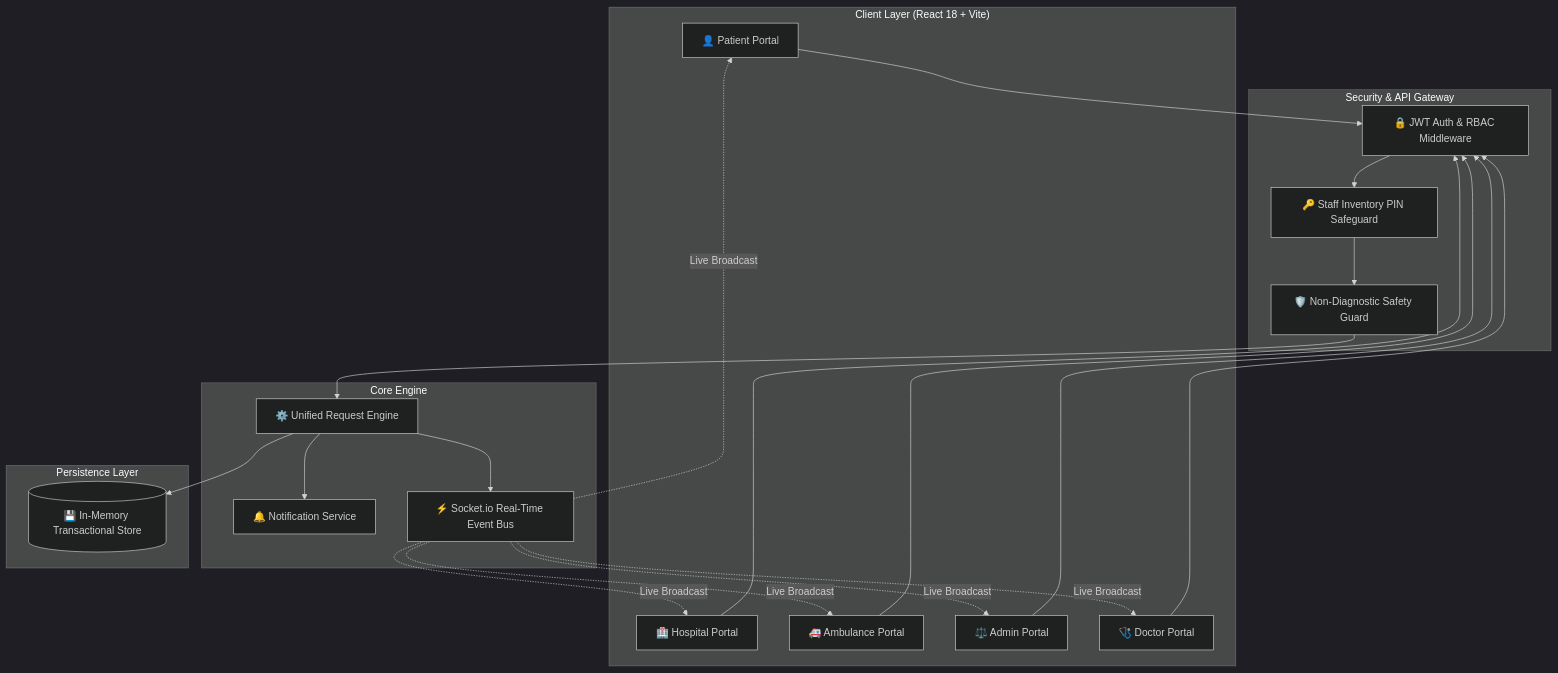
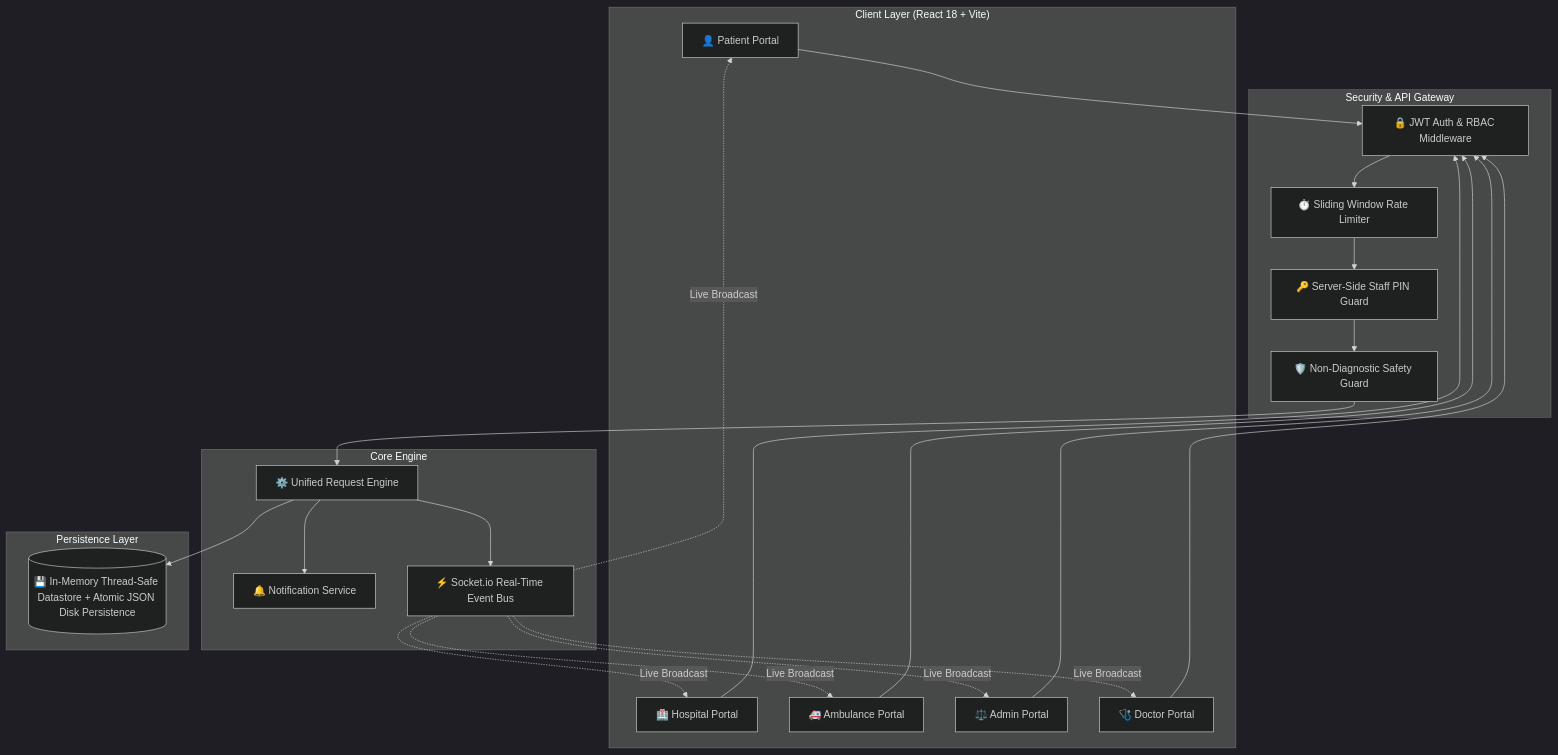
One commit to innocentgaming/FIT-FEST_2026_HACKATHON_medi changed the diagram in README.md. Above: the diagram before and after it, drawn with Mermaid (dark theme). The commit also changed other lines of this file and 21 other files, not shown here.

````diff
--- a/README.md
+++ b/README.md
@@ -92,45 +92,47 @@
 ```mermaid
 graph TD
     subgraph Client_Layer ["Client Layer (React 18 + Vite)"]
         P["👤 Patient Portal"]
         H["🏥 Hospital Portal"]
         A["🚑 Ambulance Portal"]
         AD["⚖️ Admin Portal"]
         D["🩺 Doctor Portal"]
     end
 
     subgraph Security_Gateway ["Security & API Gateway"]
         AUTH["🔒 JWT Auth & RBAC Middleware"]
-        PIN["🔑 Staff Inventory PIN Safeguard"]
+        PIN["🔑 Server-Side Staff PIN Guard"]
+        RL["⏱️ Sliding Window Rate Limiter"]
         SG["🛡️ Non-Diagnostic Safety Guard"]
     end
 
     subgraph Core_Engine ["Core Engine"]
         RE["⚙️ Unified Request Engine"]
         NS["🔔 Notification Service"]
         SE["⚡ Socket.io Real-Time Event Bus"]
     end
 
     subgraph Persistence_Layer ["Persistence Layer"]
-        DB[("💾 In-Memory Transactional Store")]
+        DB[("💾 In-Memory Thread-Safe Datastore + Atomic JSON Disk Persistence")]
     end
 
     P --> AUTH
     H --> AUTH
     A --> AUTH
     AD --> AUTH
     D --> AUTH
 
-    AUTH --> PIN
+    AUTH --> RL
+    RL --> PIN
     PIN --> SG
     SG --> RE
 
     RE --> DB
     RE --> NS
     RE --> SE
     SE -.->|Live Broadcast| P
     SE -.->|Live Broadcast| H
     SE -.->|Live Broadcast| A
     SE -.->|Live Broadcast| AD
     SE -.->|Live Broadcast| D
 ```
````
